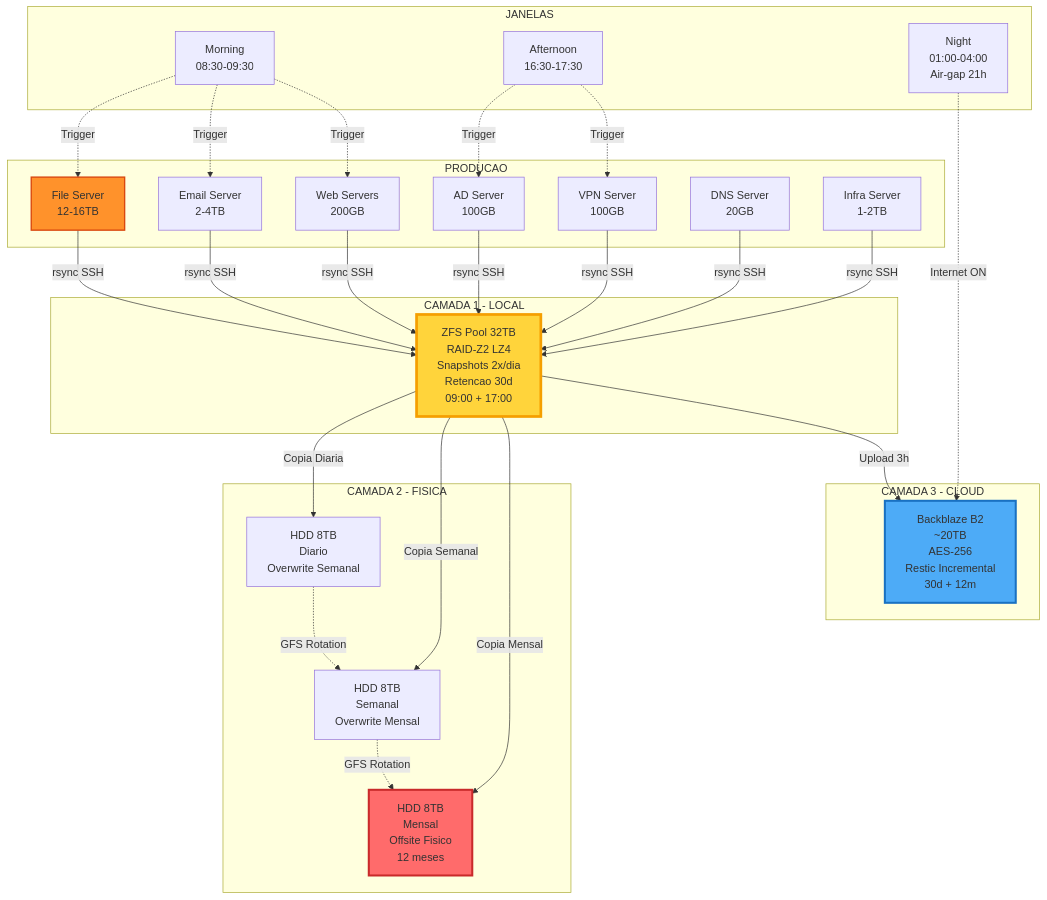
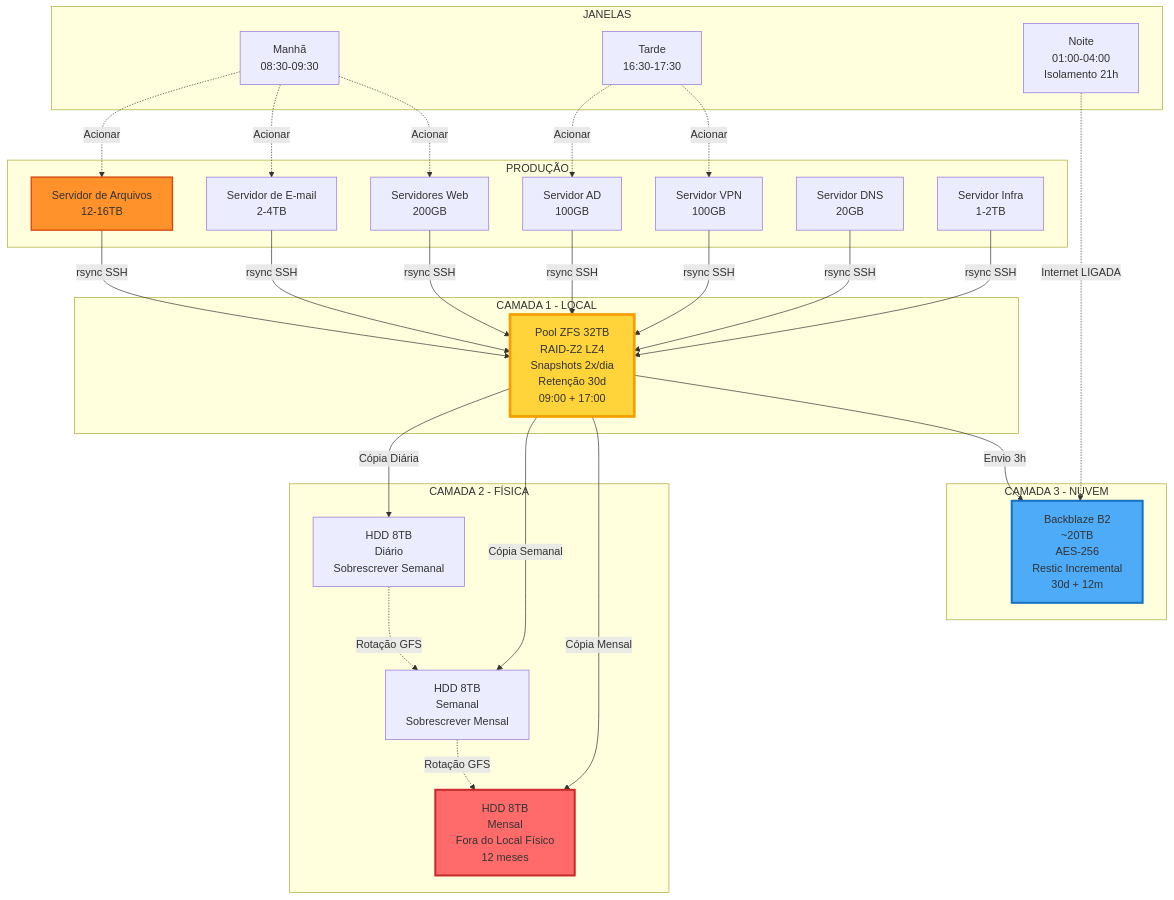
Before and after one commit to cavalcante-willian/teste: the fourth of 6 diagrams in 1.md, drawn with Mermaid. The commit also changed other lines of this file, not shown here.

````diff
--- a/1.md
+++ b/1.md
@@ -2051,61 +2051,61 @@
 ```mermaid
 flowchart TB
-    subgraph Production["PRODUCAO"]
-        FS["File Server<br/>12-16TB"]
-        EMAIL["Email Server<br/>2-4TB"]
-        WEB["Web Servers<br/>200GB"]
-        AD["AD Server<br/>100GB"]
-        VPN["VPN Server<br/>100GB"]
-        DNS["DNS Server<br/>20GB"]
-        INFRA["Infra Server<br/>1-2TB"]
+    subgraph Production["PRODUÇÃO"]
+        FS["Servidor de Arquivos<br/>12-16TB"]
+        EMAIL["Servidor de E-mail<br/>2-4TB"]
+        WEB["Servidores Web<br/>200GB"]
+        AD["Servidor AD<br/>100GB"]
+        VPN["Servidor VPN<br/>100GB"]
+        DNS["Servidor DNS<br/>20GB"]
+        INFRA["Servidor Infra<br/>1-2TB"]
     end
     
     subgraph Layer1["CAMADA 1 - LOCAL"]
-        ZFS["ZFS Pool 32TB<br/>RAID-Z2 LZ4<br/>Snapshots 2x/dia<br/>Retencao 30d<br/>09:00 + 17:00"]
+        ZFS["Pool ZFS 32TB<br/>RAID-Z2 LZ4<br/>Snapshots 2x/dia<br/>Retenção 30d<br/>09:00 + 17:00"]
     end
     
-    subgraph Layer2["CAMADA 2 - FISICA"]
-        HDD1["HDD 8TB<br/>Diario<br/>Overwrite Semanal"]
-        HDD2["HDD 8TB<br/>Semanal<br/>Overwrite Mensal"]
-        HDD3["HDD 8TB<br/>Mensal<br/>Offsite Fisico<br/>12 meses"]
+    subgraph Layer2["CAMADA 2 - FÍSICA"]
+        HDD1["HDD 8TB<br/>Diário<br/>Sobrescrever Semanal"]
+        HDD2["HDD 8TB<br/>Semanal<br/>Sobrescrever Mensal"]
+        HDD3["HDD 8TB<br/>Mensal<br/>Fora do Local Físico<br/>12 meses"]
     end
     
-    subgraph Layer3["CAMADA 3 - CLOUD"]
+    subgraph Layer3["CAMADA 3 - NUVEM"]
         B2["Backblaze B2<br/>~20TB<br/>AES-256<br/>Restic Incremental<br/>30d + 12m"]
     end
     
-    subgraph Schedule["JANELAS"]
-        MORNING["Morning<br/>08:30-09:30"]
-        AFTERNOON["Afternoon<br/>16:30-17:30"]
-        NIGHT["Night<br/>01:00-04:00<br/>Air-gap 21h"]
+    subgraph Agendamentos["JANELAS"]
+        MORNING["Manhã<br/>08:30-09:30"]
+        AFTERNOON["Tarde<br/>16:30-17:30"]
+        NIGHT["Noite<br/>01:00-04:00<br/>Isolamento 21h"]
     end
     
     FS -->|rsync SSH| ZFS
     EMAIL -->|rsync SSH| ZFS
     WEB -->|rsync SSH| ZFS
     AD -->|rsync SSH| ZFS
     VPN -->|rsync SSH| ZFS
     DNS -->|rsync SSH| ZFS
     INFRA -->|rsync SSH| ZFS
     
-    MORNING -.->|Trigger| FS
-    MORNING -.->|Trigger| EMAIL
-    MORNING -.->|Trigger| WEB
-    AFTERNOON -.->|Trigger| AD
-    AFTERNOON -.->|Trigger| VPN
+    MORNING -.->|Acionar| FS
+    MORNING -.->|Acionar| EMAIL
+    MORNING -.->|Acionar| WEB
+    AFTERNOON -.->|Acionar| AD
+    AFTERNOON -.->|Acionar| VPN
     
-    ZFS -->|Copia Diaria| HDD1
-    ZFS -->|Copia Semanal| HDD2
-    ZFS -->|Copia Mensal| HDD3
+    ZFS -->|Cópia Diária| HDD1
+    ZFS -->|Cópia Semanal| HDD2
+    ZFS -->|Cópia Mensal| HDD3
     
-    ZFS -->|Upload 3h| B2
-    NIGHT -.->|Internet ON| B2
+    ZFS -->|Envio 3h| B2
+    NIGHT -.->|Internet LIGADA| B2
     
-    HDD1 -.->|GFS Rotation| HDD2
-    HDD2 -.->|GFS Rotation| HDD3
+    HDD1 -.->|Rotação GFS| HDD2
+    HDD2 -.->|Rotação GFS| HDD3
     
     style ZFS fill:#ffd43b,stroke:#f59f00,stroke-width:4px
     style B2 fill:#4dabf7,stroke:#1971c2,stroke-width:3px
     style HDD3 fill:#ff6b6b,stroke:#c92a2a,stroke-width:3px
     style FS fill:#ff922b,stroke:#d9480f,stroke-width:2px
 ```
````
